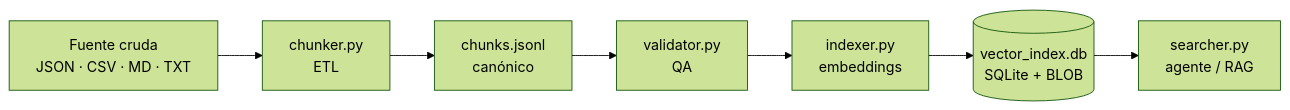
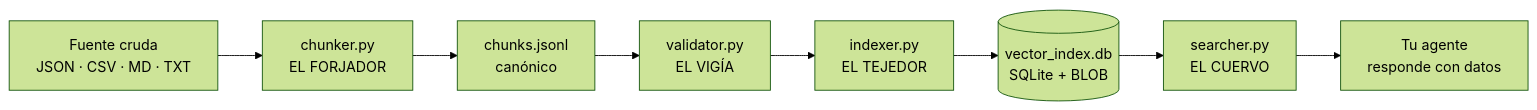
Before and after one commit to Danieldevop/ragnar-lightweight-rag-framework: the diagram in README.md, drawn with Mermaid (forest theme). The commit also changed other lines of this file and 1 other file, not shown here.

````diff
--- a/README.md
+++ b/README.md
@@ -78,9 +26,10 @@
 ```mermaid
 flowchart LR
-    A["Fuente cruda<br/>JSON · CSV · MD · TXT"] --> B["chunker.py<br/>ETL"]
+    A["Fuente cruda<br/>JSON · CSV · MD · TXT"] --> B["chunker.py<br/>EL FORJADOR"]
     B --> C["chunks.jsonl<br/>canónico"]
-    C --> D["validator.py<br/>QA"]
-    D --> E["indexer.py<br/>embeddings"]
+    C --> D["validator.py<br/>EL VIGÍA"]
+    D --> E["indexer.py<br/>EL TEJEDOR"]
     E --> F[("vector_index.db<br/>SQLite + BLOB")]
-    F --> G["searcher.py<br/>agente / RAG"]
+    F --> G["searcher.py<br/>EL CUERVO"]
+    G --> H["Tu agente<br/>responde con datos"]
 ```
````
